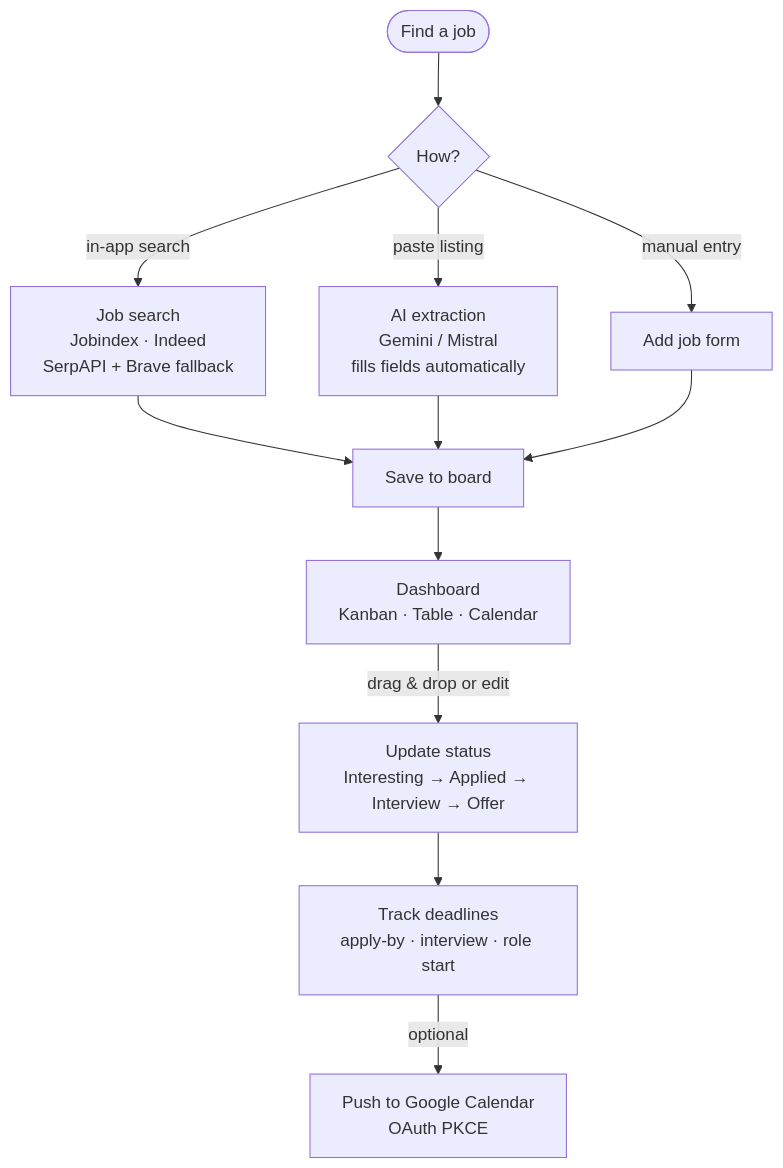
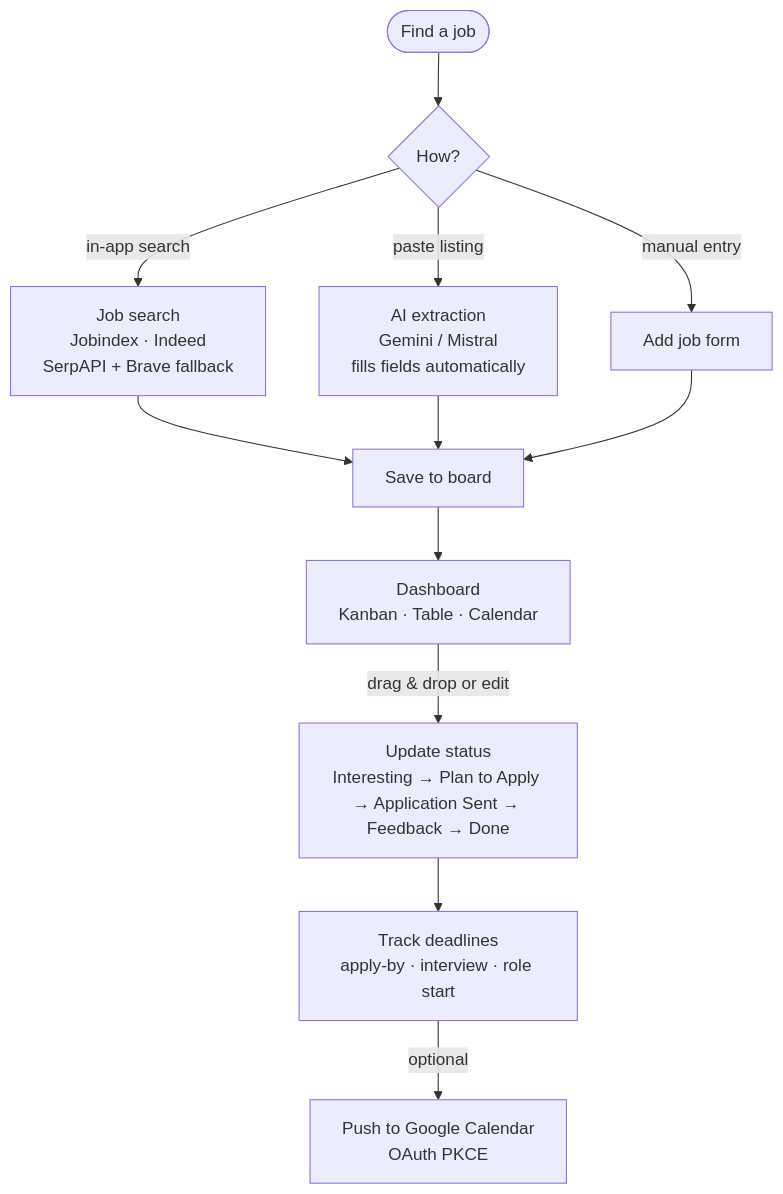
One commit to eikrad/Job-Tracker changed the first of 2 diagrams in README.md. Above: the diagram before and after it, drawn with Mermaid. The commit also changed other lines of this file and 2 other files, not shown here.

First line of the commit message:
docs: fix stale status pipeline, dedupe README, document missing features

````diff
--- a/README.md
+++ b/README.md
@@ -29,14 +29,14 @@
 ```mermaid
 flowchart TD
     DISCOVER([Find a job]) --> SOURCE
     SOURCE{How?} -->|in-app search| SEARCH[Job search\nJobindex · Indeed\nSerpAPI + Brave fallback]
     SOURCE -->|paste listing| EXTRACT[AI extraction\nGemini / Mistral\nfills fields automatically]
     SOURCE -->|manual entry| FORM[Add job form]
     SEARCH --> SAVE[Save to board]
     EXTRACT --> SAVE
     FORM --> SAVE
     SAVE --> BOARD[Dashboard\nKanban · Table · Calendar]
-    BOARD -->|drag & drop or edit| STATUS[Update status\nInteresting → Applied → Interview → Offer]
+    BOARD -->|drag & drop or edit| STATUS[Update status\nInteresting → Plan to Apply → Application Sent → Feedback → Done]
     STATUS --> DATES[Track deadlines\napply-by · interview · role start]
     DATES -->|optional| GCAL[Push to Google Calendar\nOAuth PKCE]
 ```
````
